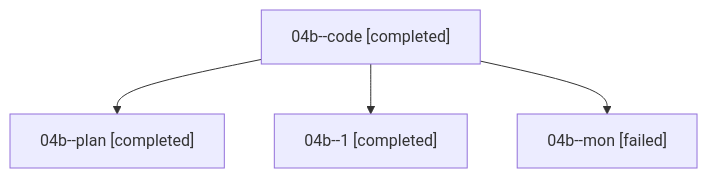
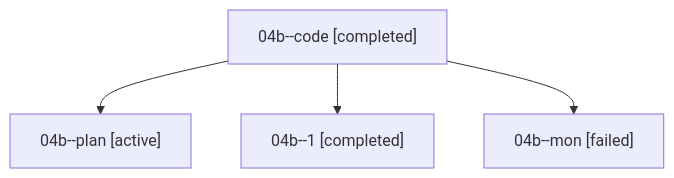
One commit to sase-org/sase--agents changed the diagram in families/bbugyi200.athena.04b.md. Above: the diagram before and after it, drawn with Mermaid. The commit also changed other lines of this file and 35830 other files, not shown here.

````diff
--- a/families/bbugyi200.athena.04b.md
+++ b/families/bbugyi200.athena.04b.md
@@ -9,10 +9,10 @@
 ```mermaid
 flowchart TD
   n0["04b--code [completed]"]
-  n1["04b--plan [completed]"]
+  n1["04b--plan [active]"]
   n0 --> n1
   n2["04b--1 [completed]"]
   n0 --> n2
   n3["04b--mon [failed]"]
   n0 --> n3
 ```
````
